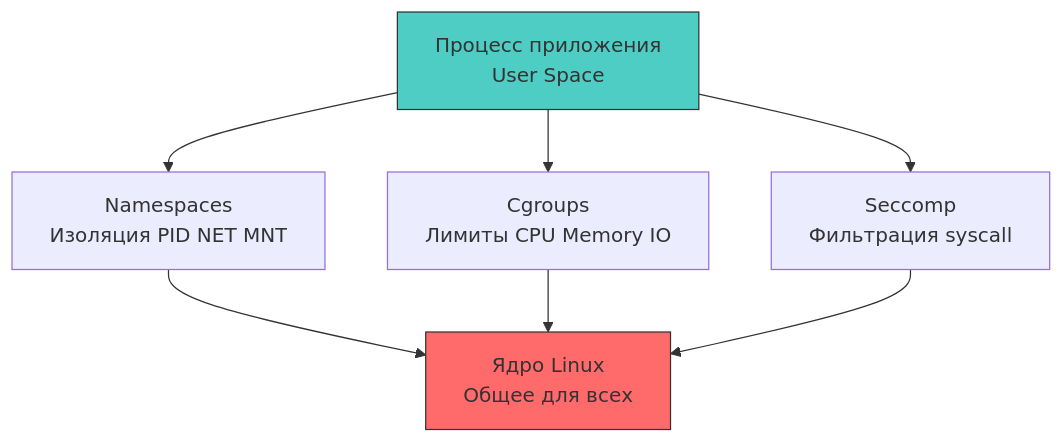
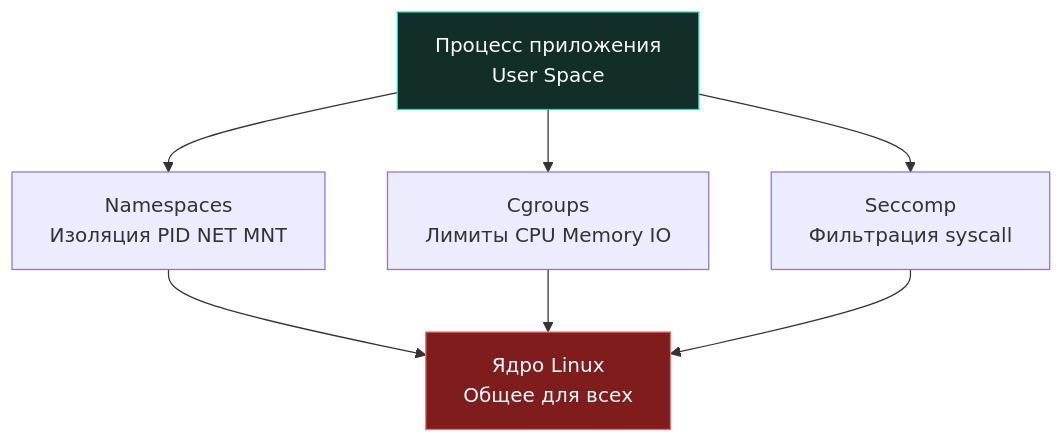
Before and after one commit to UnrealTemplier/go-textbook: the diagram in sources/17. Безопасность (AppSec в Go)/06. Инфраструктура и секреты/4. Безопасность Docker.md, drawn with Mermaid. The commit also changed 310 other files, not shown here.

First line of the commit message:
fix(mermaid): replace light fill colors with dark palette for readability on dark theme

````diff
--- a/sources/17. Безопасность (AppSec в Go)/06. Инфраструктура и секреты/4. Безопасность Docker.md
+++ b/sources/17. Безопасность (AppSec в Go)/06. Инфраструктура и секреты/4. Безопасность Docker.md
@@ -7,12 +7,12 @@
 ```mermaid
 flowchart TD
     A["Процесс приложения<br>User Space"] --> B["Namespaces<br>Изоляция PID NET MNT"]
     A --> C["Cgroups<br>Лимиты CPU Memory IO"]
     A --> D["Seccomp<br>Фильтрация syscall"]
     B --> E["Ядро Linux<br>Общее для всех"]
     C --> E
     D --> E
     
-    style A fill:#4ecdc4,stroke:#333
-    style E fill:#ff6b6b,stroke:#333
+    style A fill:#132d29,stroke:#2dd4bf,color:#f8fafc
+    style E fill:#7f1d1d,stroke:#f87171,color:#f8fafc
 ```
````
